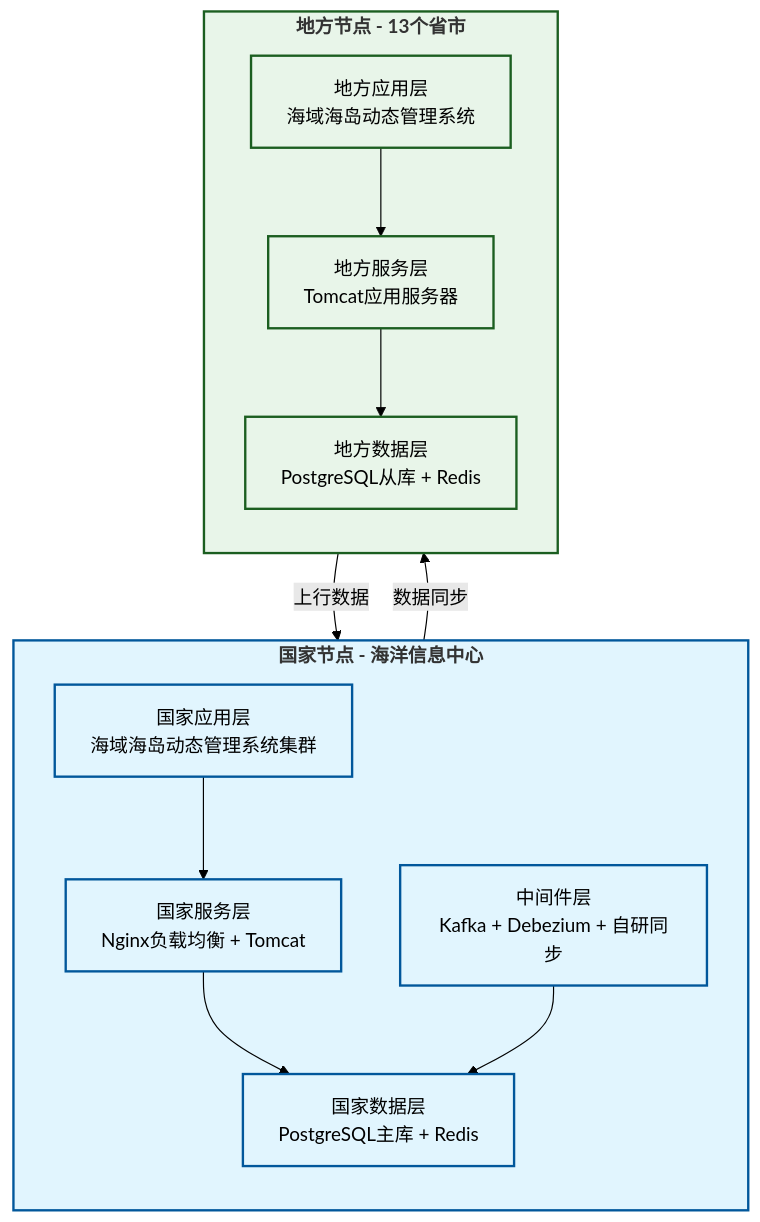
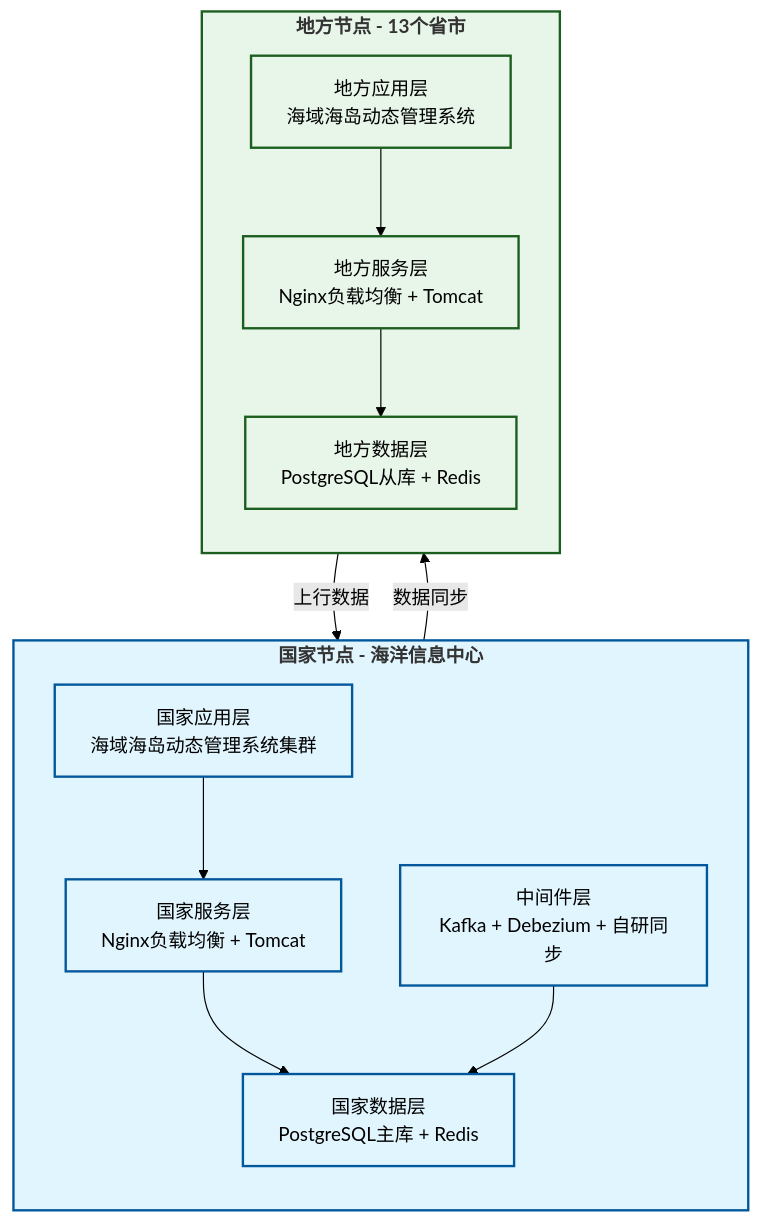
One commit to MyJohn2/iodraw-files changed the diagram in all/未命名-1.md. Above: the diagram before and after it, drawn with Mermaid (forest theme).

Commit message:
2026-03-03 15:09:26 update

````diff
--- a/all/未命名-1.md
+++ b/all/未命名-1.md
@@ -1,45 +1,45 @@
 ```mermaid
 flowchart TD
     %% 定义样式
     classDef nation fill:#e1f5fe,stroke:#01579b,stroke-width:2px;
     classDef network fill:#fff3e0,stroke:#e65100,stroke-width:2px,stroke-dasharray: 5 5;
     classDef local fill:#e8f5e9,stroke:#1b5e20,stroke-width:2px;
 
     subgraph NationNode [<b>国家节点 - 海洋信息中心]
         direction TB
         A[国家应用层<br/>海域海岛动态管理系统集群]
         B[国家服务层<br/>Nginx负载均衡 + Tomcat]
         C[国家数据层<br/>PostgreSQL主库 + Redis]
         D[中间件层<br/>Kafka + Debezium + 自研同步]
         
         A --> B
         B --> C
         D --> C
     end
     
 
     
     subgraph LocalNode [<b>地方节点 - 13个省市]
         direction TB
         F[地方应用层<br/>海域海岛动态管理系统]
-        G[地方服务层<br/>Tomcat应用服务器]
+        G[地方服务层<br/>Nginx负载均衡 + Tomcat]
         H[地方数据层<br/>PostgreSQL从库 + Redis]
         
         F --> G
         G --> H
     end
 
     %% 跨子图连接 (连接具体节点而非子图名称)
     D -->|数据同步 | H
     H -->|上行数据 | D
 
     %% 应用样式
     class NationNode,A,B,C,D nation;
     class SecureNet,E network;
     class LocalNode,F,G,H local;
     
 
 
 
 
 ```
````
